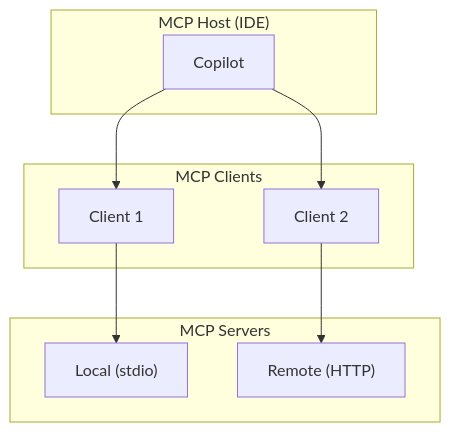
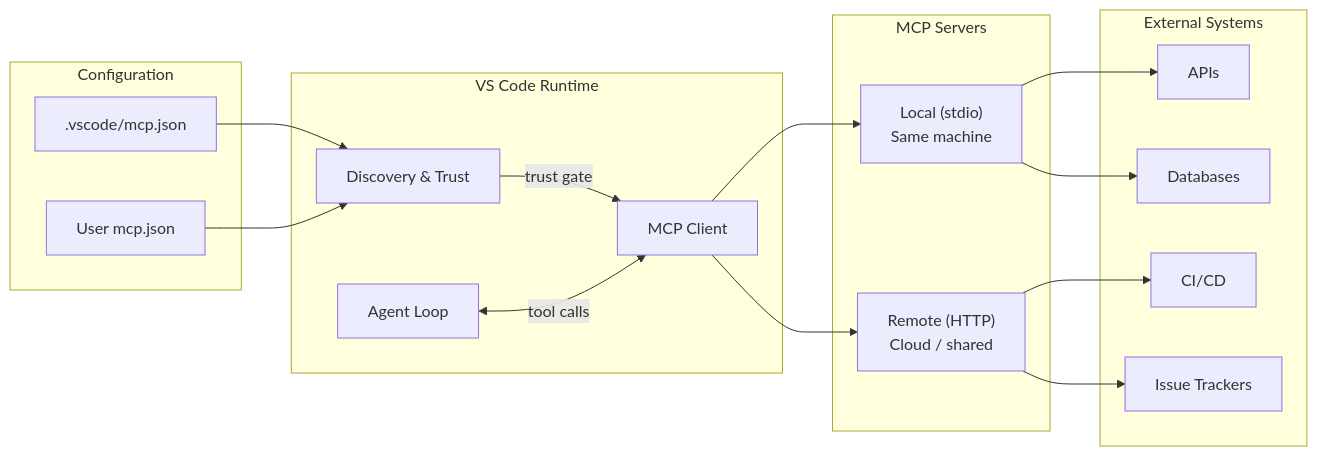
The diagram in slides/pages/301/architecture.md (juangcarmona/github_copilot_000_hub), drawn with Mermaid before and after one commit. The commit also changed other lines of this file and 265 other files, not shown here.

````diff
--- a/slides/pages/301/architecture.md
+++ b/slides/pages/301/architecture.md
@@ -26,18 +10,32 @@
 ```mermaid
-graph TB
-  subgraph Host["MCP Host (IDE)"]
-    LLM["Copilot"]
+flowchart LR
+  subgraph Config["Configuration"]
+    J[".vscode/mcp.json"]
+    U["User mcp.json"]
   end
-  subgraph Clients["MCP Clients"]
-    C1["Client 1"]
-    C2["Client 2"]
+  subgraph Runtime["VS Code Runtime"]
+    D["Discovery & Trust"]
+    C["MCP Client"]
+    A["Agent Loop"]
   end
   subgraph Servers["MCP Servers"]
-    S1["Local (stdio)"]
-    S2["Remote (HTTP)"]
+    S1["Local (stdio)<br/>Same machine"]
+    S2["Remote (HTTP)<br/>Cloud / shared"]
   end
-  LLM --> C1
-  LLM --> C2
-  C1 --> S1
-  C2 --> S2
+  subgraph Targets["External Systems"]
+    T1["APIs"]
+    T2["Databases"]
+    T3["CI/CD"]
+    T4["Issue Trackers"]
+  end
+  J --> D
+  U --> D
+  D -->|"trust gate"| C
+  C --> S1
+  C --> S2
+  A <-->|"tool calls"| C
+  S1 --> T1
+  S1 --> T2
+  S2 --> T3
+  S2 --> T4
 ```
````
